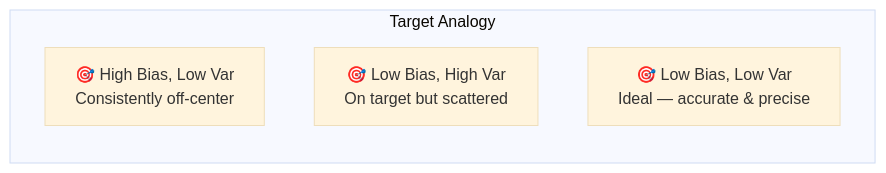
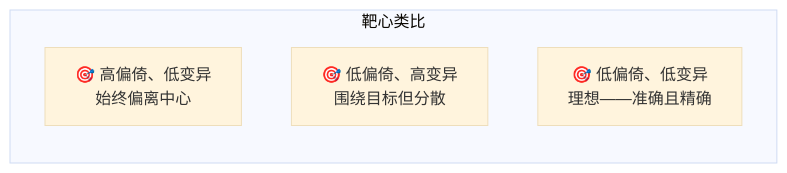
The second of 2 diagrams in Math/Statistics/AP_Statistics/Unit_5_Sampling_Distributions.md (xieguaiwu/Notes), drawn with Mermaid (base theme) before and after one commit. The commit also changed other lines of this file and 30 other files, not shown here.

Commit message:
obsidian-note-generation: translate all AP Statistics notes to Chinese, fix format issues (H1, --- separators, Unicode→LaTeX), add chart types review note

````diff
--- a/Math/Statistics/AP_Statistics/Unit_5_Sampling_Distributions.md
+++ b/Math/Statistics/AP_Statistics/Unit_5_Sampling_Distributions.md
@@ -51,8 +45,8 @@
 ```mermaid
 flowchart LR
-    subgraph Target[Target Analogy]
-        T1["🎯 High Bias, Low Var<br/>Consistently off-center"]
-        T2["🎯 Low Bias, High Var<br/>On target but scattered"]
-        T3["🎯 Low Bias, Low Var<br/>Ideal — accurate & precise"]
+    subgraph Target[靶心类比]
+        T1["🎯 高偏倚、低变异<br/>始终偏离中心"]
+        T2["🎯 低偏倚、高变异<br/>围绕目标但分散"]
+        T3["🎯 低偏倚、低变异<br/>理想——准确且精确"]
     end
 ```
````
